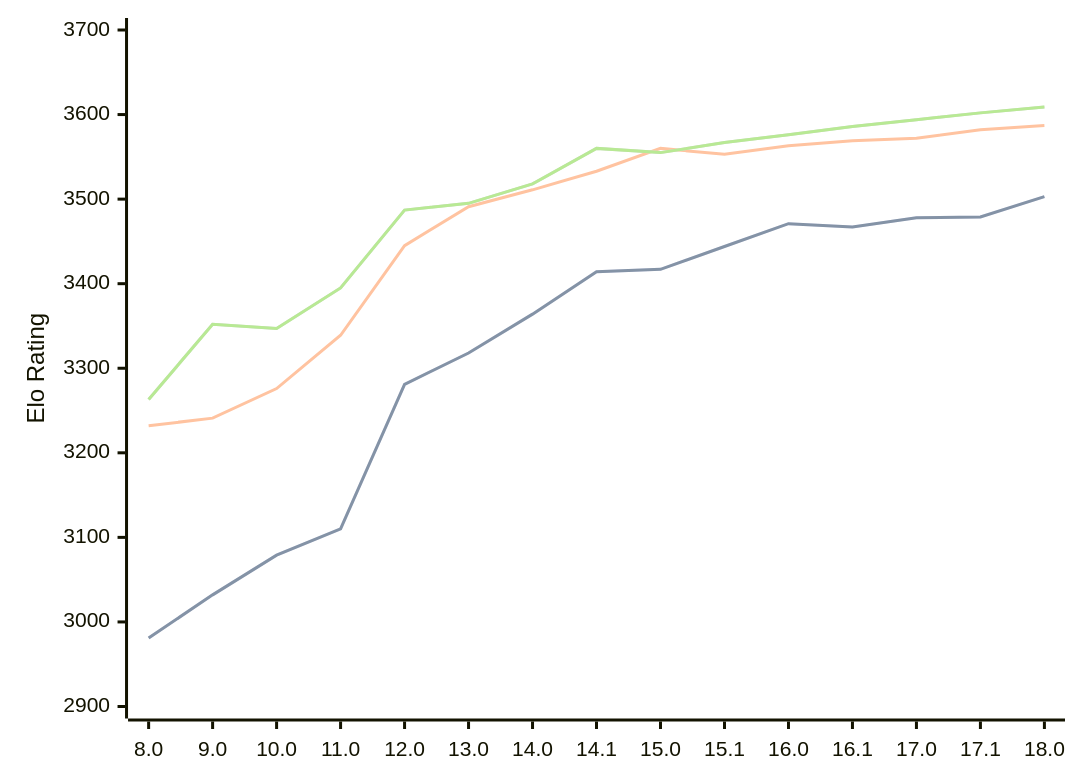
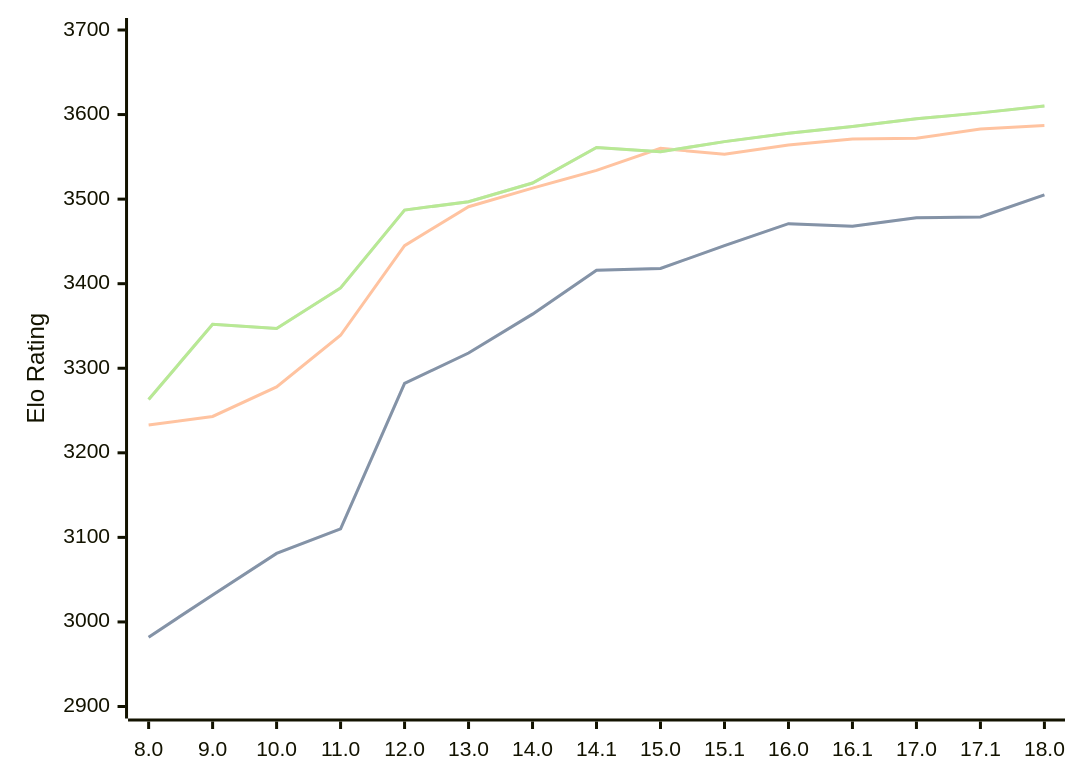
One commit to computer-chess-index/cci changed the diagram in engines/Stockfish.md. Above: the diagram before and after it, drawn with Mermaid. The commit also changed other lines of this file, not shown here.

Commit message:
Update CCI Ratings (ELO VLTC) - 2026-08-21

````diff
--- a/engines/Stockfish.md
+++ b/engines/Stockfish.md
@@ -45,11 +45,11 @@
 ```mermaid
 %%{init: {"theme":"base","themeVariables":{"seriesColors:['#a3a3a3','#222221','#faa371']}}}%%
 xychart-beta
   x-axis ["8.0", "9.0", "10.0", "11.0", "12.0", "13.0", "14.0", "14.1", "15.0", "15.1", "16.0", "16.1", "17.0", "17.1", "18.0"]
   y-axis "Elo Rating" 2900 --> 3700
-  line "STC (8.0+0.08s)" [2981, 3032, 3079, 3110, 3281, 3318, 3364, 3414, 3417, 3444, 3471, 3467, 3478, 3479, 3503]
-  line "STC (8.0+0.08s)" [2981, 3032, 3079, 3110, 3281, 3318, 3364, 3414, 3417, 3444, 3471, 3467, 3478, 3479, 3503]
-  line "LTC (60.0+0.60s)" [3232, 3241, 3276, 3339, 3445, 3491, 3511, 3533, 3560, 3553, 3563, 3569, 3572, 3582, 3587]
-  line "VLTC (2m24s+1.12s)" [3263, 3352, 3347, 3395, 3487, 3495, 3518, 3560, 3555, 3567, 3576, 3586, 3594, 3602, 3609]
-  line "VLTC (2m24s+1.12s)" [3263, 3352, 3347, 3395, 3487, 3495, 3518, 3560, 3555, 3567, 3576, 3586, 3594, 3602, 3609]
+  line "STC (8.0+0.08s)" [2982, 3032, 3081, 3110, 3282, 3318, 3364, 3416, 3418, 3445, 3471, 3468, 3478, 3479, 3505]
+  line "STC (8.0+0.08s)" [2982, 3032, 3081, 3110, 3282, 3318, 3364, 3416, 3418, 3445, 3471, 3468, 3478, 3479, 3505]
+  line "LTC (60.0+0.60s)" [3233, 3243, 3278, 3339, 3445, 3491, 3513, 3534, 3560, 3553, 3564, 3571, 3572, 3583, 3587]
+  line "VLTC (2m24s+1.12s)" [3263, 3352, 3347, 3395, 3487, 3497, 3519, 3561, 3556, 3568, 3578, 3586, 3595, 3602, 3610]
+  line "VLTC (2m24s+1.12s)" [3263, 3352, 3347, 3395, 3487, 3497, 3519, 3561, 3556, 3568, 3578, 3586, 3595, 3602, 3610]
 ```
````
